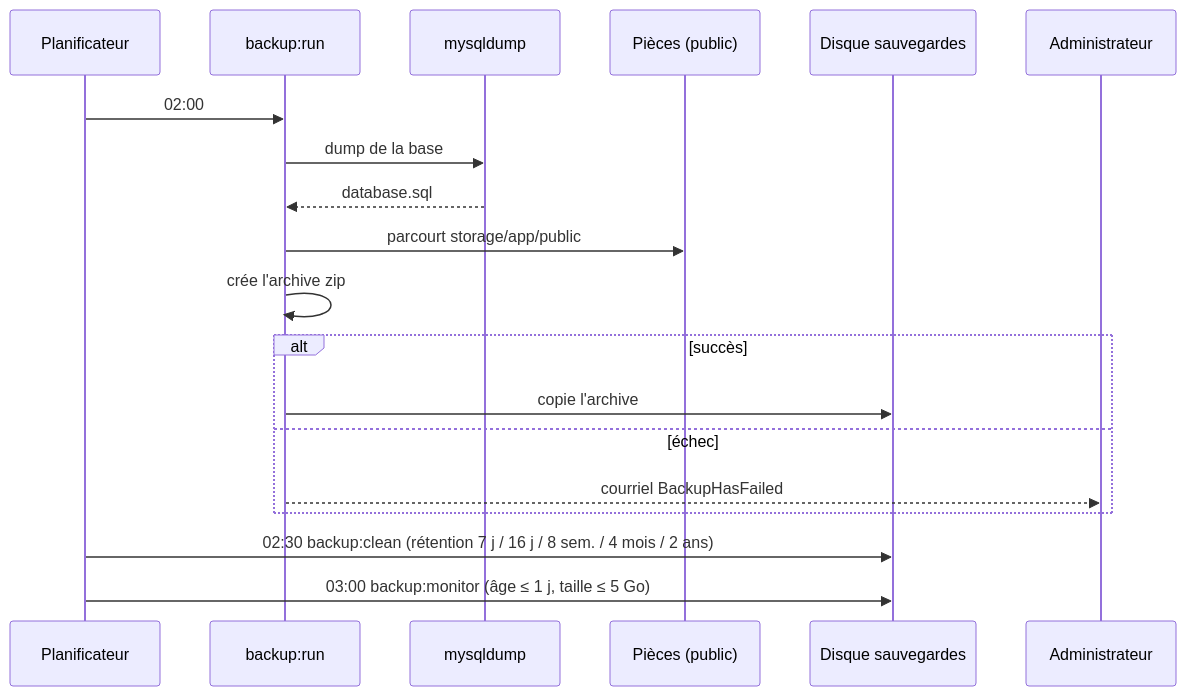
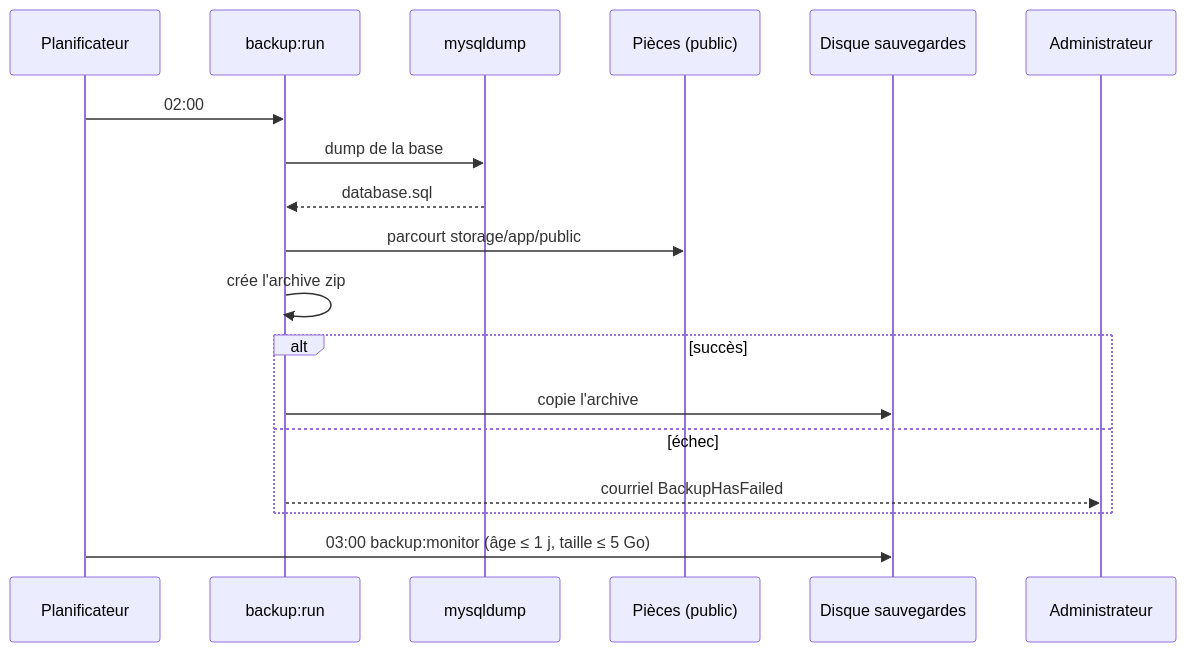
Before and after one commit to marasse-codec/ORYZAPP: the second of 6 diagrams in docs/sauvegarde-et-brouillon.md, drawn with Mermaid. The commit also changed other lines of this file and 46 other files, not shown here.

````diff
--- a/docs/sauvegarde-et-brouillon.md
+++ b/docs/sauvegarde-et-brouillon.md
@@ -30,21 +28,20 @@
 ```mermaid
 sequenceDiagram
     participant S as Planificateur
     participant B as backup:run
     participant D as mysqldump
     participant F as Pièces (public)
     participant Z as Disque sauvegardes
     participant A as Administrateur
     S->>B: 02:00
     B->>D: dump de la base
     D-->>B: database.sql
     B->>F: parcourt storage/app/public
     B->>B: crée l'archive zip
     alt succès
         B->>Z: copie l'archive
     else échec
         B-->>A: courriel BackupHasFailed
     end
-    S->>Z: 02:30 backup:clean (rétention 7 j / 16 j / 8 sem. / 4 mois / 2 ans)
     S->>Z: 03:00 backup:monitor (âge ≤ 1 j, taille ≤ 5 Go)
 ```
````
